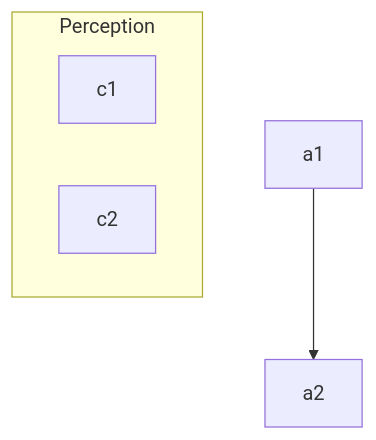
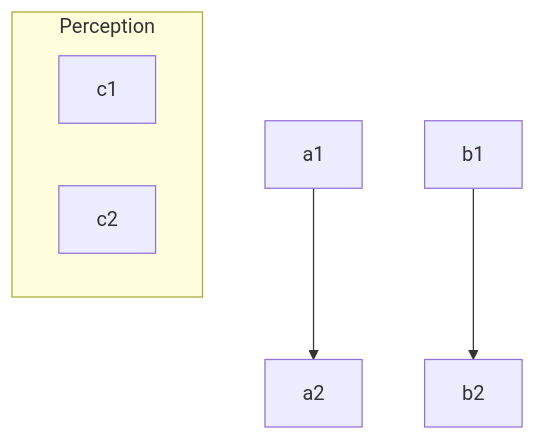
The diagram in automotive/self-driving/self-driving-notes.md (afondiel/computer-science-notebook), drawn with Mermaid before and after one commit.

Commit message:
auto-self-drv: update mermaid graph

````diff
--- a/automotive/self-driving/self-driving-notes.md
+++ b/automotive/self-driving/self-driving-notes.md
@@ -20,8 +20,9 @@
 ```mermaid
  graph TD
          a1-->a2
+         b1-->b2
          subgraph Perception
          c1
          c2
          end
 ```
````
